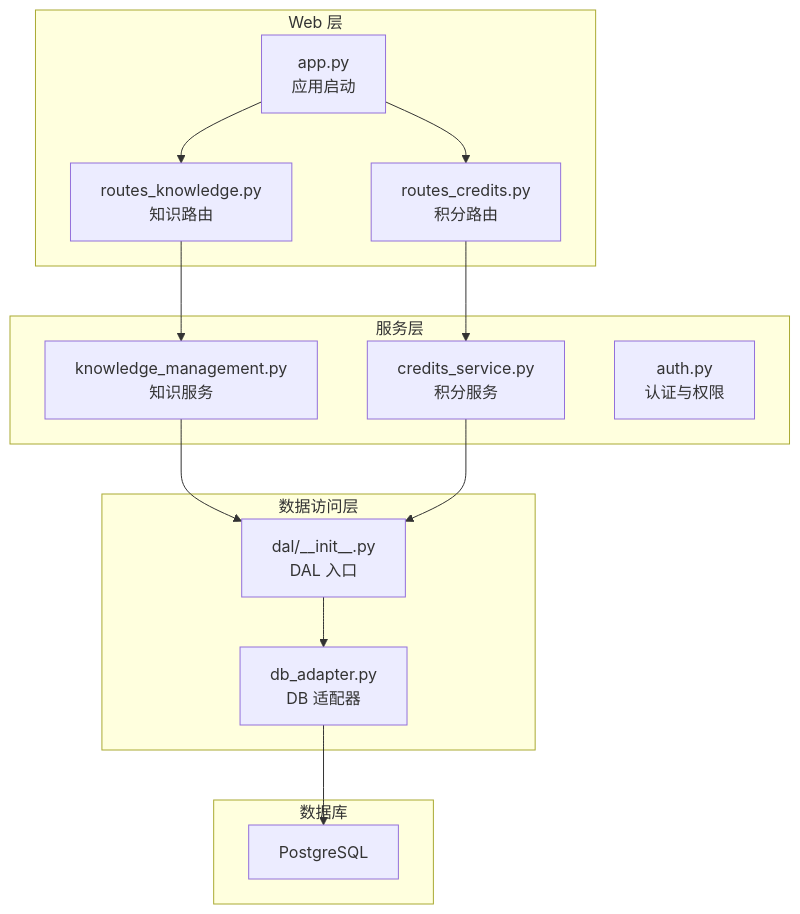
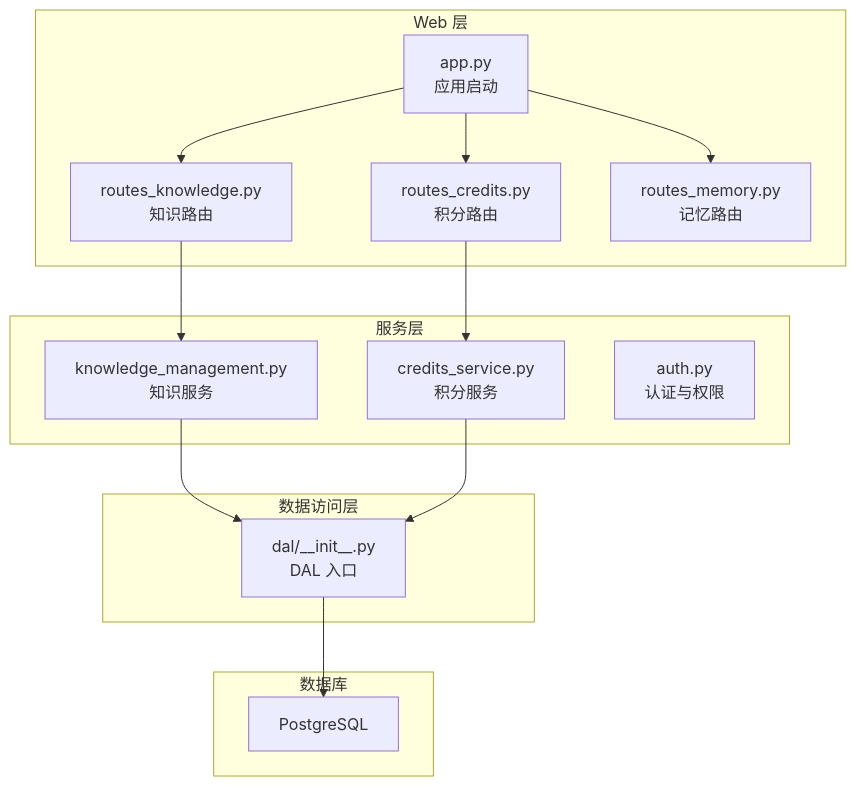
The first of 8 diagrams in .qoder/repowiki/zh/content/数据库设计/数据库设计.md (abokyoy/LectureLearnLoop), drawn with Mermaid before and after one commit. The commit also changed other lines of this file and 91 other files, not shown here.

````diff
--- a/.qoder/repowiki/zh/content/数据库设计/数据库设计.md
+++ b/.qoder/repowiki/zh/content/数据库设计/数据库设计.md
@@ -45,28 +52,28 @@
 ```mermaid
 graph TB
 subgraph "Web 层"
 APP["app.py<br/>应用启动"]
 ROUTES_K["routes_knowledge.py<br/>知识路由"]
 ROUTES_C["routes_credits.py<br/>积分路由"]
+ROUTES_M["routes_memory.py<br/>记忆路由"]
 end
 subgraph "服务层"
 KM["knowledge_management.py<br/>知识服务"]
 CS["credits_service.py<br/>积分服务"]
 AUTH["auth.py<br/>认证与权限"]
 end
 subgraph "数据访问层"
 DAL["dal/__init__.py<br/>DAL 入口"]
-DBA["db_adapter.py<br/>DB 适配器"]
 end
 subgraph "数据库"
 PG["PostgreSQL"]
 end
 APP --> ROUTES_K
 APP --> ROUTES_C
+APP --> ROUTES_M
 ROUTES_K --> KM
 ROUTES_C --> CS
 KM --> DAL
 CS --> DAL
-DAL --> DBA
-DBA --> PG
+DAL --> PG
 ```
````
